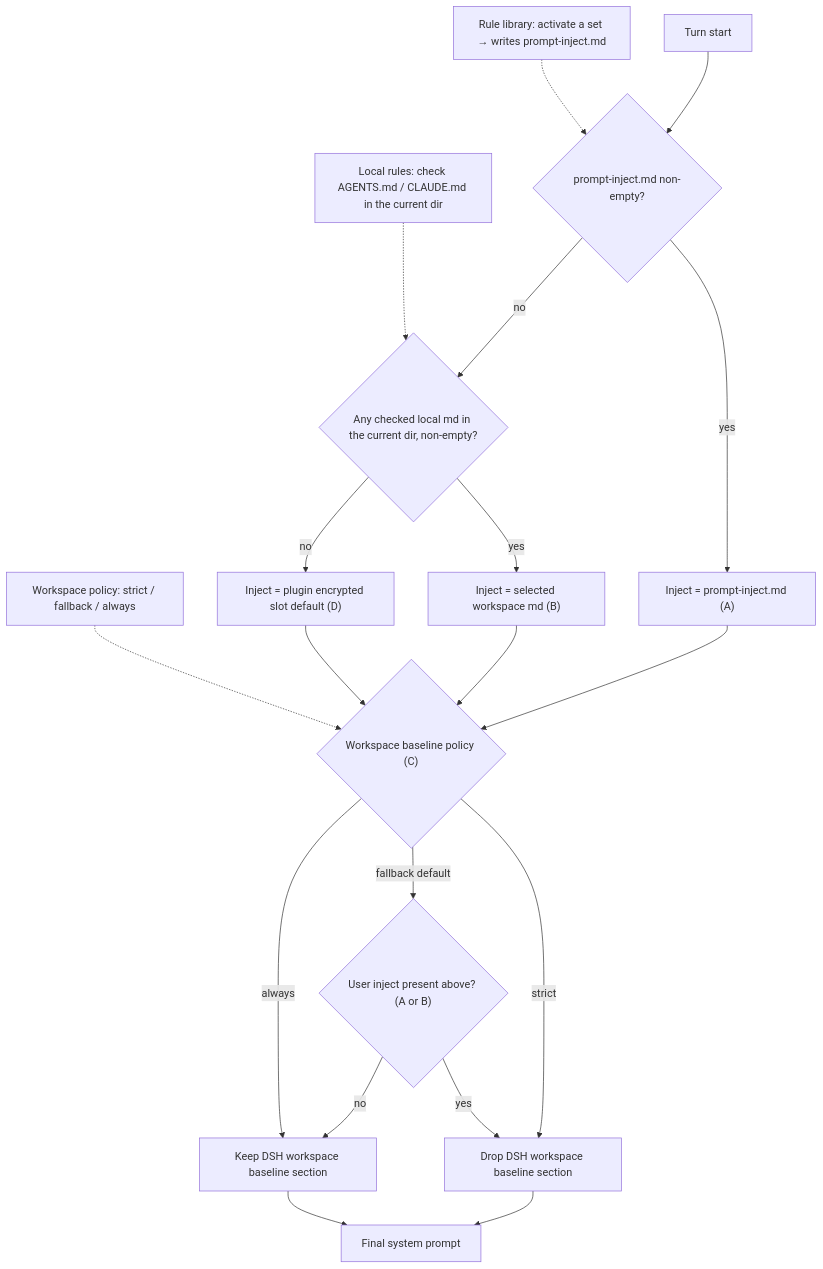
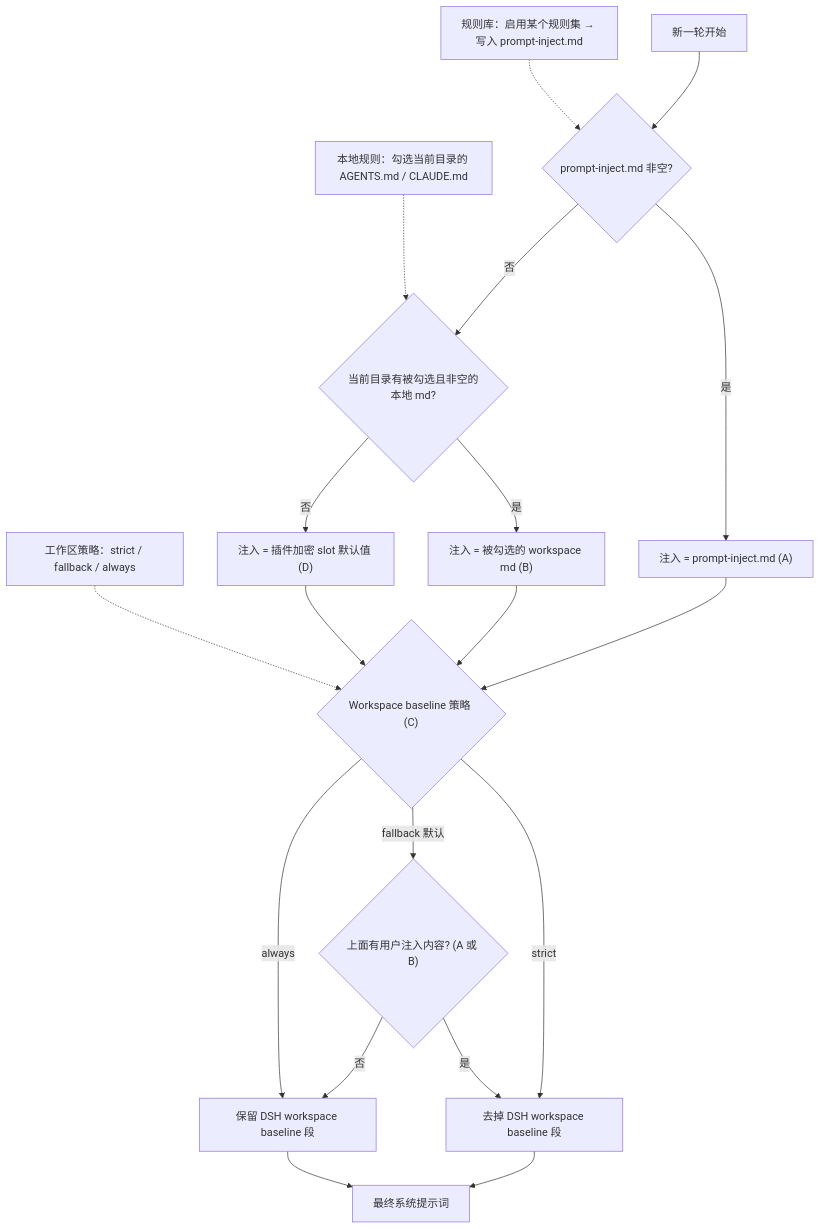
One commit to xunnychen/dsh-purge changed the third of 4 diagrams in README.md. Above: the diagram before and after it, drawn with Mermaid. The commit also changed other lines of this file and 4 other files, not shown here.

````diff
--- a/README.md
+++ b/README.md
@@ -503,26 +532,26 @@
 ```mermaid
 flowchart TD
-  L["Rule library: activate a set → writes prompt-inject.md"]
-  W["Local rules: check AGENTS.md / CLAUDE.md in the current dir"]
-  P["Workspace policy: strict / fallback / always"]
+  L["规则库：启用某个规则集 → 写入 prompt-inject.md"]
+  W["本地规则：勾选当前目录的 AGENTS.md / CLAUDE.md"]
+  P["工作区策略：strict / fallback / always"]
 
-  A["Turn start"] --> B{"prompt-inject.md non-empty?"}
-  B -->|yes| C["Inject = prompt-inject.md (A)"]
-  B -->|no| D{"Any checked local md in the current dir, non-empty?"}
-  D -->|yes| E["Inject = selected workspace md (B)"]
-  D -->|no| F["Inject = plugin encrypted slot default (D)"]
-  C --> G{"Workspace baseline policy (C)"}
+  A["新一轮开始"] --> B{"prompt-inject.md 非空?"}
+  B -->|是| C["注入 = prompt-inject.md (A)"]
+  B -->|否| D{"当前目录有被勾选且非空的本地 md?"}
+  D -->|是| E["注入 = 被勾选的 workspace md (B)"]
+  D -->|否| F["注入 = 插件加密 slot 默认值 (D)"]
+  C --> G{"Workspace baseline 策略 (C)"}
   E --> G
   F --> G
-  G -->|strict| H["Drop DSH workspace baseline section"]
-  G -->|fallback default| I{"User inject present above? (A or B)"}
-  G -->|always| J["Keep DSH workspace baseline section"]
-  I -->|yes| H
-  I -->|no| J
-  H --> K["Final system prompt"]
+  G -->|strict| H["去掉 DSH workspace baseline 段"]
+  G -->|fallback 默认| I{"上面有用户注入内容? (A 或 B)"}
+  G -->|always| J["保留 DSH workspace baseline 段"]
+  I -->|是| H
+  I -->|否| J
+  H --> K["最终系统提示词"]
   J --> K
 
   L -.-> B
   W -.-> D
   P -.-> G
 ```
````
